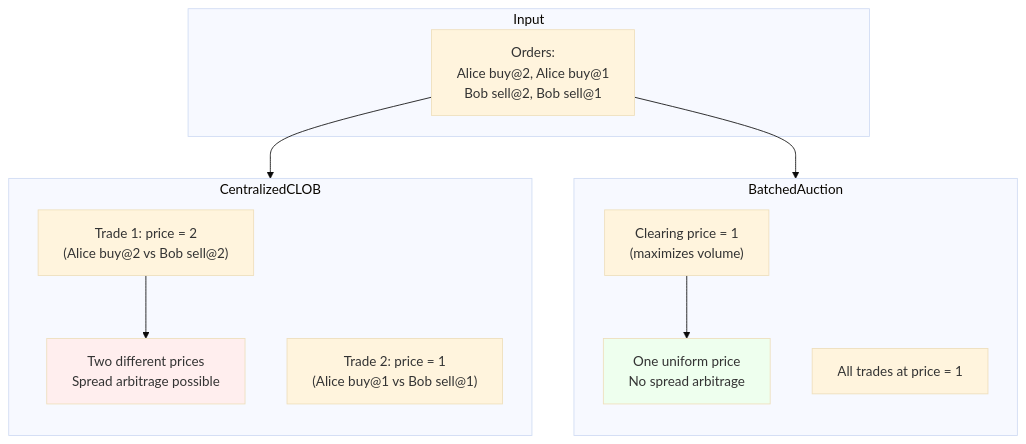
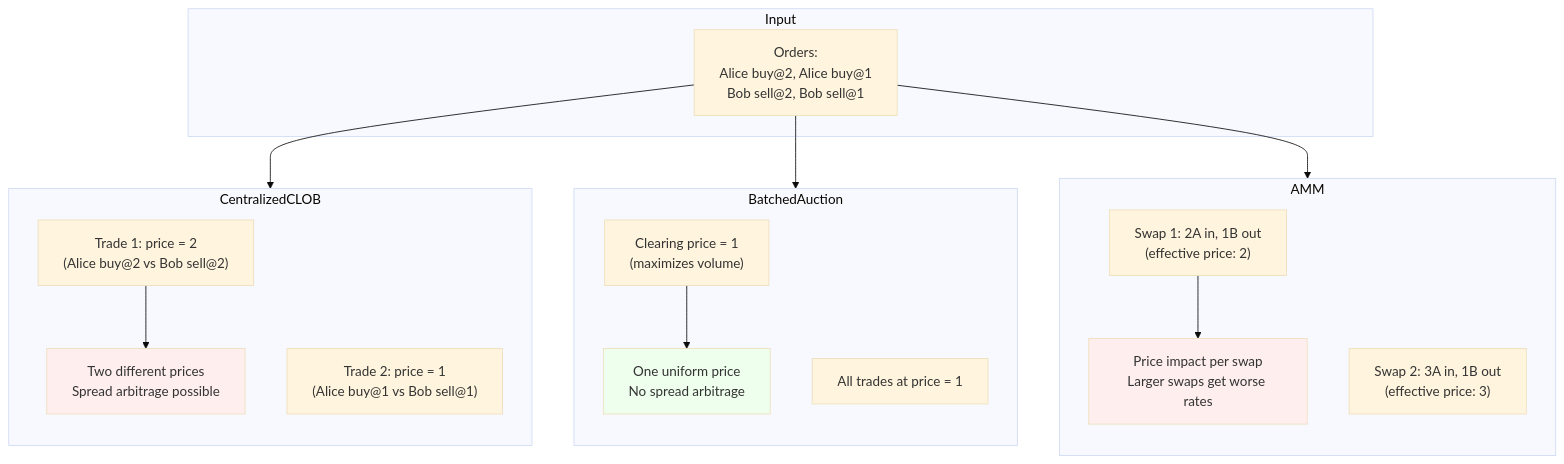
One commit to oxarbitrage/formal-market-mechanisms changed the fourth of 4 diagrams in README.md. Above: the diagram before and after it, drawn with Mermaid (base theme). The commit also changed other lines of this file and 2 other files, not shown here.

First line of the commit message:
add AMM (constant-product market maker) spec and update README

````diff
--- a/README.md
+++ b/README.md
@@ -96,26 +135,35 @@
 ```mermaid
 graph TB
     subgraph Input
         O["Orders:<br/>Alice buy@2, Alice buy@1<br/>Bob sell@2, Bob sell@1"]
     end
 
     O --> CLOB
     O --> Batch
+    O --> AMM
 
     subgraph CLOB["CentralizedCLOB"]
         direction TB
         C1["Trade 1: price = 2<br/>(Alice buy@2 vs Bob sell@2)"]
         C2["Trade 2: price = 1<br/>(Alice buy@1 vs Bob sell@1)"]
         C1 --> CS["Two different prices<br/>Spread arbitrage possible"]
     end
 
     subgraph Batch["BatchedAuction"]
         direction TB
         B1["Clearing price = 1<br/>(maximizes volume)"]
         B2["All trades at price = 1"]
         B1 --> BS["One uniform price<br/>No spread arbitrage"]
     end
 
+    subgraph AMM["AMM"]
+        direction TB
+        A1["Swap 1: 2A in, 1B out<br/>(effective price: 2)"]
+        A2["Swap 2: 3A in, 1B out<br/>(effective price: 3)"]
+        A1 --> AS["Price impact per swap<br/>Larger swaps get worse rates"]
+    end
+
     style CS fill:#fee
     style BS fill:#efe
+    style AS fill:#fee
 ```
````
